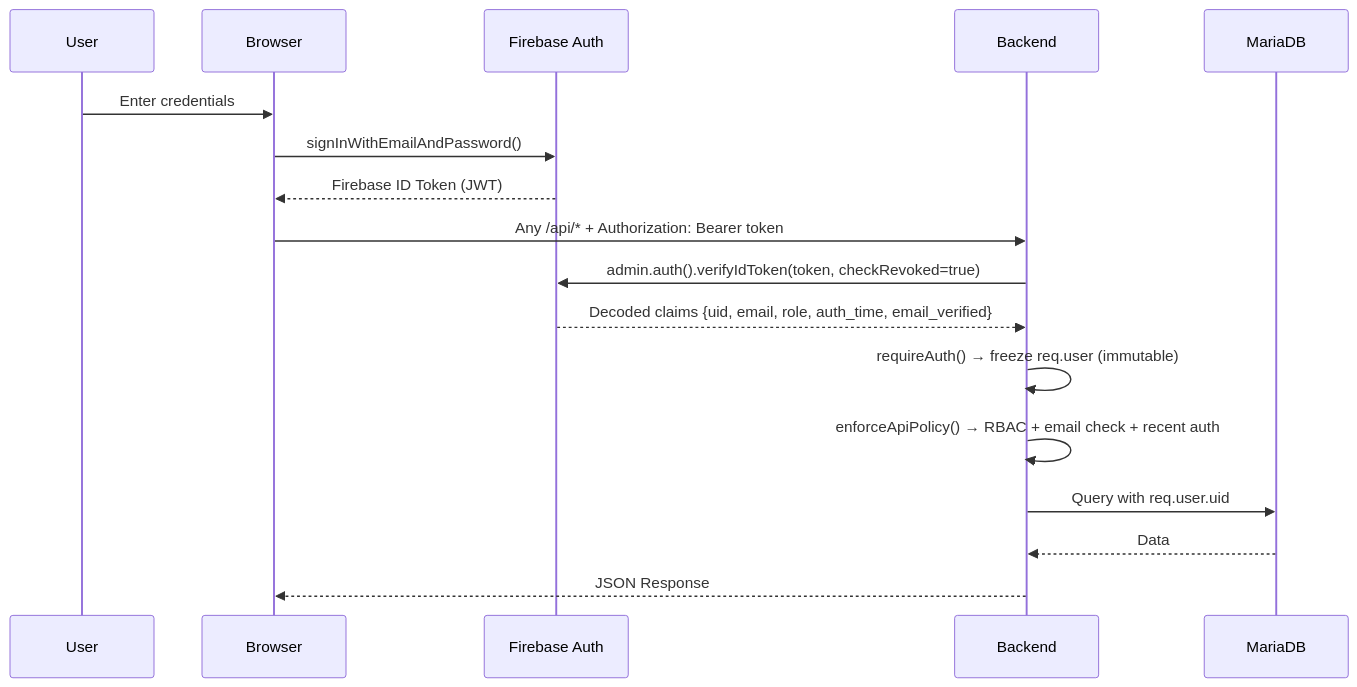
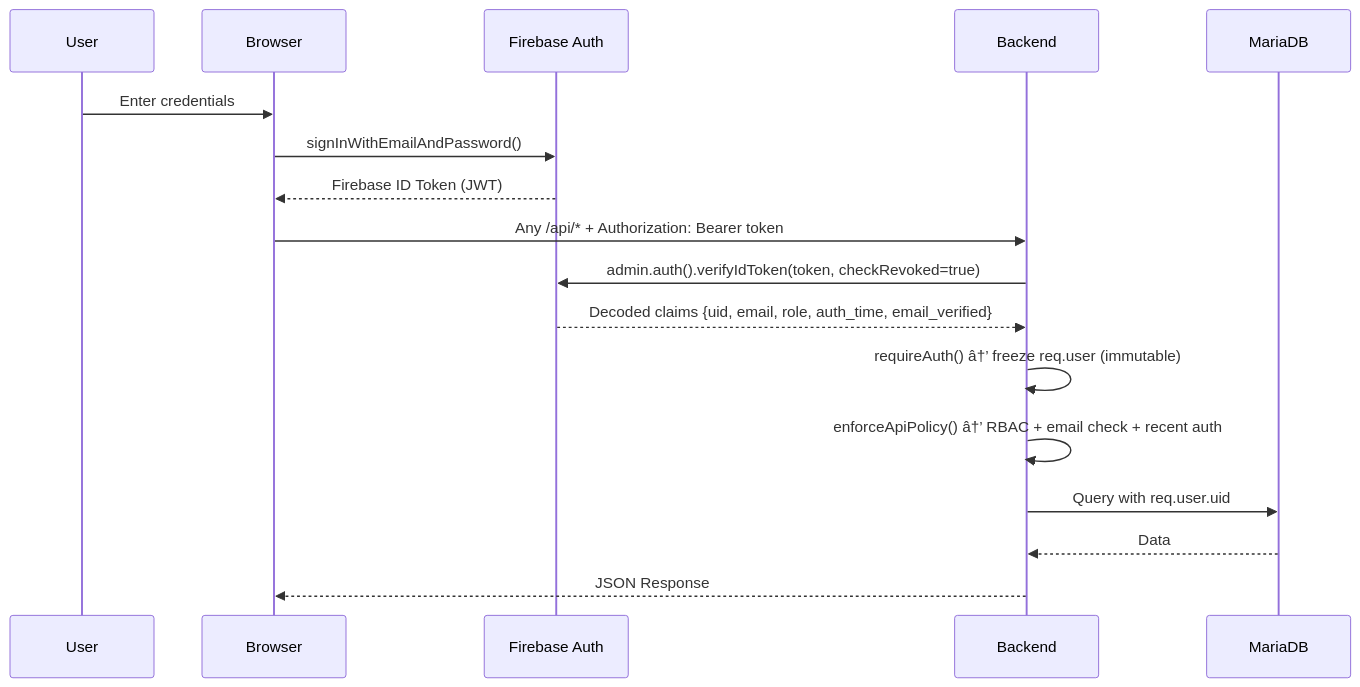
Before and after one commit to bhaskarbeyond-creator/ResumePilotAi: the fourth of 18 diagrams in architecture-flowchart.md, drawn with Mermaid. The commit also changed other lines of this file and 1 other file, not shown here.

````diff
--- a/architecture-flowchart.md
+++ b/architecture-flowchart.md
@@ -441,20 +441,20 @@
 ```mermaid
 sequenceDiagram
     participant User
     participant Browser
     participant Firebase as Firebase Auth
     participant Backend
     participant MariaDB
 
     User->>Browser: Enter credentials
     Browser->>Firebase: signInWithEmailAndPassword()
     Firebase-->>Browser: Firebase ID Token (JWT)
     Browser->>Backend: Any /api/* + Authorization: Bearer token
     Backend->>Firebase: admin.auth().verifyIdToken(token, checkRevoked=true)
     Firebase-->>Backend: Decoded claims {uid, email, role, auth_time, email_verified}
-    Backend->>Backend: requireAuth() → freeze req.user (immutable)
-    Backend->>Backend: enforceApiPolicy() → RBAC + email check + recent auth
+    Backend->>Backend: requireAuth() â†’ freeze req.user (immutable)
+    Backend->>Backend: enforceApiPolicy() â†’ RBAC + email check + recent auth
     Backend->>MariaDB: Query with req.user.uid
     MariaDB-->>Backend: Data
     Backend-->>Browser: JSON Response
 ```
````
